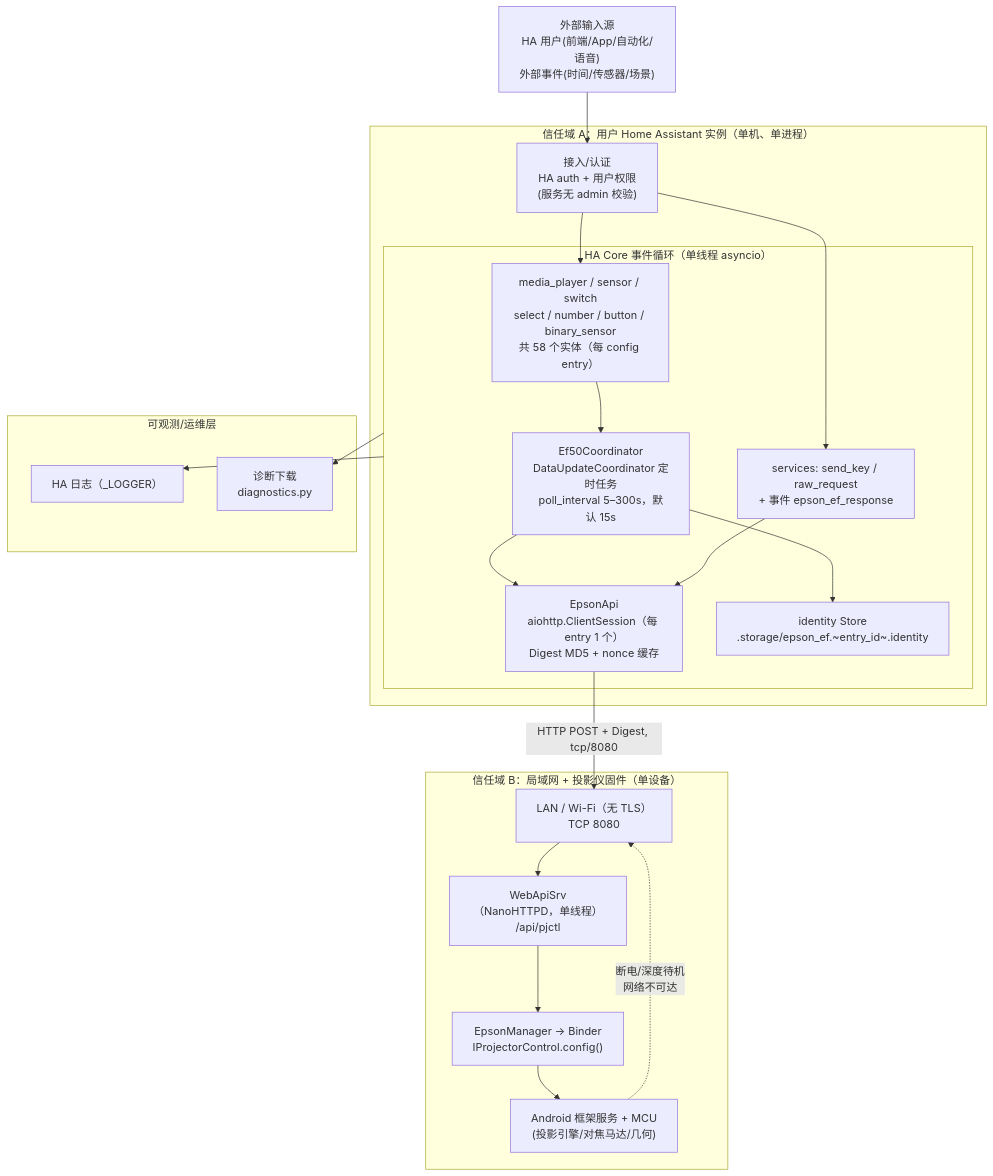
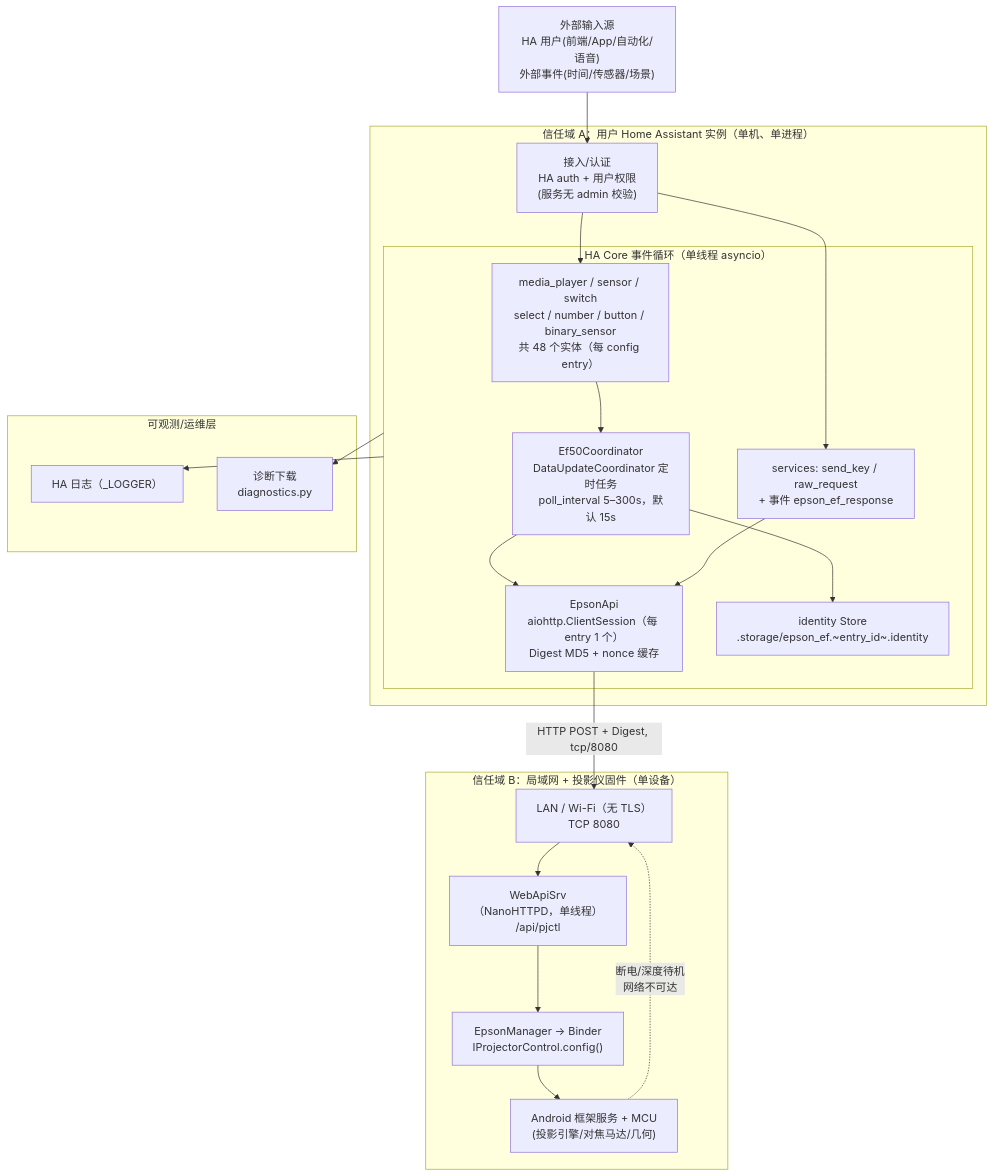
Before and after one commit to aixmoyu/ha-epson-ef-projector: the first of 2 diagrams in docs/architecture/architecture_views/deployment_view.md, drawn with Mermaid. The commit also changed other lines of this file and 78 other files, not shown here.

````diff
--- a/docs/architecture/architecture_views/deployment_view.md
+++ b/docs/architecture/architecture_views/deployment_view.md
@@ -14,38 +14,38 @@
 ```mermaid
 graph TD
     SRC["外部输入源<br/>HA 用户(前端/App/自动化/语音)<br/>外部事件(时间/传感器/场景)"]
 
     subgraph HA["信任域 A：用户 Home Assistant 实例（单机、单进程）"]
         EDGE["接入/认证<br/>HA auth + 用户权限<br/>(服务无 admin 校验)"]
         subgraph CORE["HA Core 事件循环（单线程 asyncio）"]
-            UNIT_MP["media_player / sensor / switch<br/>select / number / button / binary_sensor<br/>共 58 个实体（每 config entry）"]
+            UNIT_MP["media_player / sensor / switch<br/>select / number / button / binary_sensor<br/>共 48 个实体（每 config entry）"]
             UNIT_CO["Ef50Coordinator<br/>DataUpdateCoordinator 定时任务<br/>poll_interval 5–300s，默认 15s"]
             UNIT_API["EpsonApi<br/>aiohttp.ClientSession（每 entry 1 个）<br/>Digest MD5 + nonce 缓存"]
             UNIT_SVC["services: send_key / raw_request<br/>+ 事件 epson_ef_response"]
             UNIT_STORE["identity Store<br/>.storage/epson_ef.~entry_id~.identity"]
         end
         EDGE --> UNIT_MP & UNIT_SVC
         UNIT_MP --> UNIT_CO --> UNIT_API
         UNIT_SVC --> UNIT_API
         UNIT_CO --> UNIT_STORE
     end
 
     subgraph DEV["信任域 B：局域网 + 投影仪固件（单设备）"]
         NET["LAN / Wi-Fi（无 TLS）<br/>TCP 8080"]
         FW["WebApiSrv（NanoHTTPD，单线程）<br/>/api/pjctl"]
         HAL["EpsonManager → Binder<br/>IProjectorControl.config()"]
         MCU["Android 框架服务 + MCU<br/>(投影引擎/对焦马达/几何)"]
         NET --> FW --> HAL --> MCU
     end
 
     subgraph OBS["可观测/运维层"]
         LOG["HA 日志（_LOGGER）"]
         DIAG["诊断下载<br/>diagnostics.py"]
     end
 
     SRC --> EDGE
     UNIT_API -->|"HTTP POST + Digest, tcp/8080"| NET
     CORE --> LOG
     CORE --> DIAG
     MCU -.->|"断电/深度待机<br/>网络不可达"| NET
 ```
````
